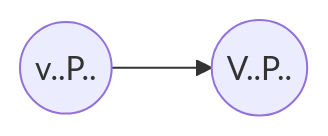
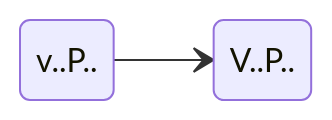
One commit to CERTCC/Vultron changed the ninth of 13 diagrams in docs/process_models/cs/index.md. Above: the diagram before and after it, drawn with Mermaid. The commit also changed other lines of this file, not shown here.

````diff
--- a/docs/process_models/cs/index.md
+++ b/docs/process_models/cs/index.md
@@ -409,6 +405,7 @@
 ```mermaid
-graph LR
-    vP((v..P..))
-    VP((V..P..))
+stateDiagram-v2
+    direction LR
+    vP: v..P..
+    VP: V..P..
     vP --> VP
 ```
````
